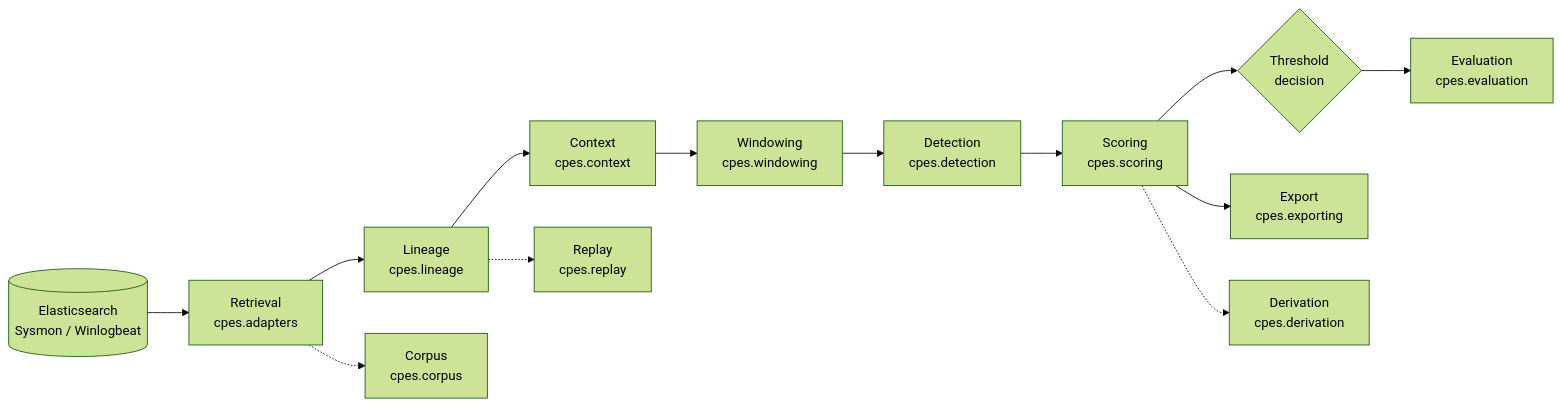
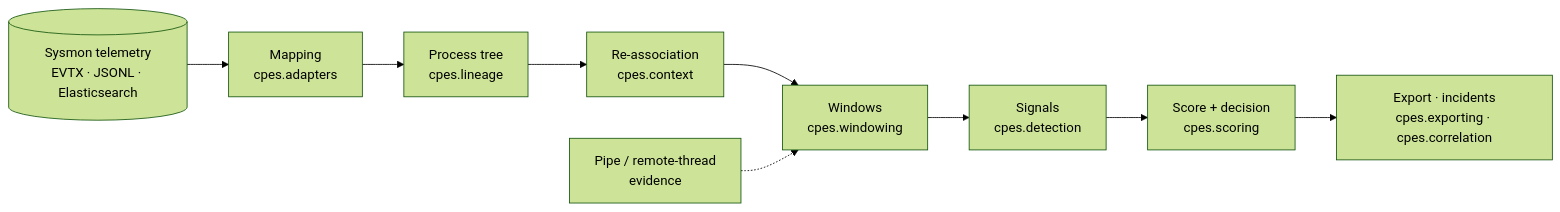
The diagram in README.md (aaditripi18/CPES), drawn with Mermaid (forest theme) before and after one commit. The commit also changed other lines of this file and 40 other files, not shown here.

````diff
--- a/README.md
+++ b/README.md
@@ -50,15 +105,11 @@
 ```mermaid
 flowchart LR
-    ES[(Elasticsearch<br/>Sysmon / Winlogbeat)] --> RET[Retrieval<br/>cpes.adapters]
-    RET --> LIN[Lineage<br/>cpes.lineage]
-    LIN --> CTX[Context<br/>cpes.context]
-    CTX --> WIN[Windowing<br/>cpes.windowing]
-    WIN --> DET[Detection<br/>cpes.detection]
-    DET --> SCR[Scoring<br/>cpes.scoring]
-    SCR --> DEC{Threshold<br/>decision}
-    SCR --> EXP[Export<br/>cpes.exporting]
-    DEC --> EVAL[Evaluation<br/>cpes.evaluation]
-    SCR -.-> DER[Derivation<br/>cpes.derivation]
-    LIN -.-> REP[Replay<br/>cpes.replay]
-    RET -.-> COR[Corpus<br/>cpes.corpus]
+    IN[(Sysmon telemetry<br/>EVTX · JSONL · Elasticsearch)] --> MAP[Mapping<br/>cpes.adapters]
+    MAP --> LIN[Process tree<br/>cpes.lineage]
+    LIN --> CTX[Re-association<br/>cpes.context]
+    CTX --> WIN[Windows<br/>cpes.windowing]
+    WIN --> DET[Signals<br/>cpes.detection]
+    DET --> SCR[Score + decision<br/>cpes.scoring]
+    SCR --> OUT[Export · incidents<br/>cpes.exporting · cpes.correlation]
+    EV[Pipe / remote-thread<br/>evidence] -.-> WIN
 ```
````
